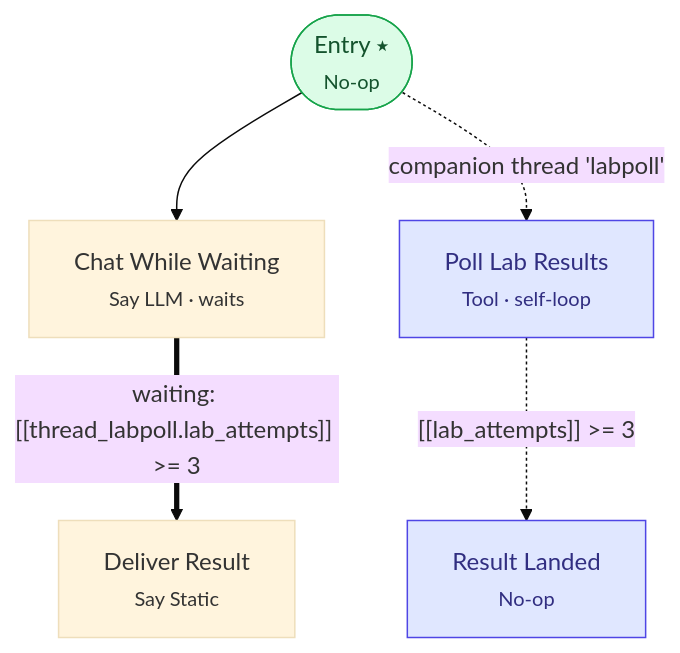
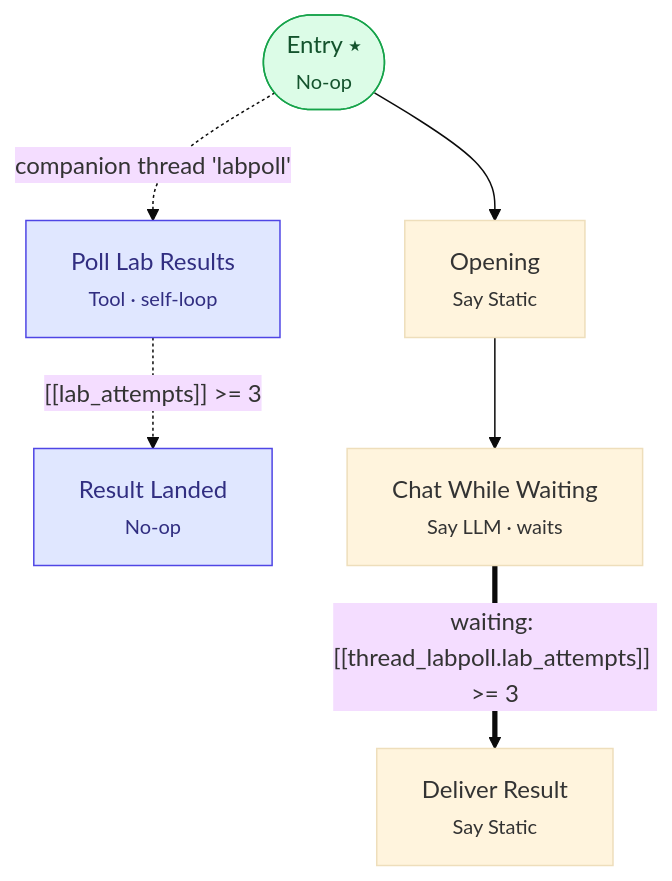
The diagram in wf_examples/wf_example_progression_24.md (interactly-ai/workflow-sdk), drawn with Mermaid (base theme) before and after one commit. The commit also changed other lines of this file and 5 other files, not shown here.

````diff
--- a/wf_examples/wf_example_progression_24.md
+++ b/wf_examples/wf_example_progression_24.md
@@ -31,16 +31,18 @@
 ```mermaid
 flowchart TD
     N0(["Entry ⭑<br/><small>No-op</small>"])
+    N5["Opening<br/><small>Say Static</small>"]
     N1["Poll Lab Results<br/><small>Tool · self-loop</small>"]
     N2["Result Landed<br/><small>No-op</small>"]
     N3["Chat While Waiting<br/><small>Say LLM · waits</small>"]
     N4["Deliver Result<br/><small>Say Static</small>"]
-    N0 --> N3
+    N0 --> N5
+    N5 --> N3
     N0 -. "companion thread 'labpoll'" .-> N1
     N1 -. "[[lab_attempts]] >= 3" .-> N2
     N3 == "waiting: [[thread_labpoll.lab_attempts]] >= 3" ==> N4
     classDef start fill:#dcfce7,stroke:#16a34a,color:#14532d;
     classDef bg fill:#e0e7ff,stroke:#4f46e5,color:#312e81;
     class N0 start;
     class N1,N2 bg;
 ```
````
